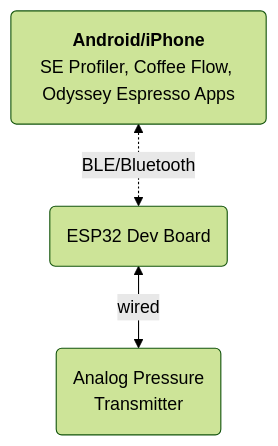
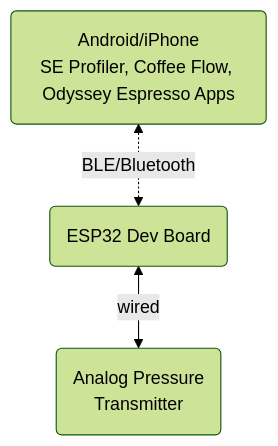
Before and after one commit to sybond/ble-pressure-transducer: the diagram in README.md, drawn with Mermaid (forest theme). The commit also changed other lines of this file, not shown here.

````diff
--- a/README.md
+++ b/README.md
@@ -10,5 +10,5 @@
 ```mermaid
 flowchart BT
     A(Analog Pressure\nTransmitter) <-->|wired| B(ESP32 Dev Board)
-    B<.->|BLE/Bluetooth|C(<b>Android/iPhone</b>\nSE Profiler, Coffee Flow, Odyssey Espresso Apps)
+    B<.->|BLE/Bluetooth|C(Android/iPhone\nSE Profiler, Coffee Flow, Odyssey Espresso Apps)
 ```
````
